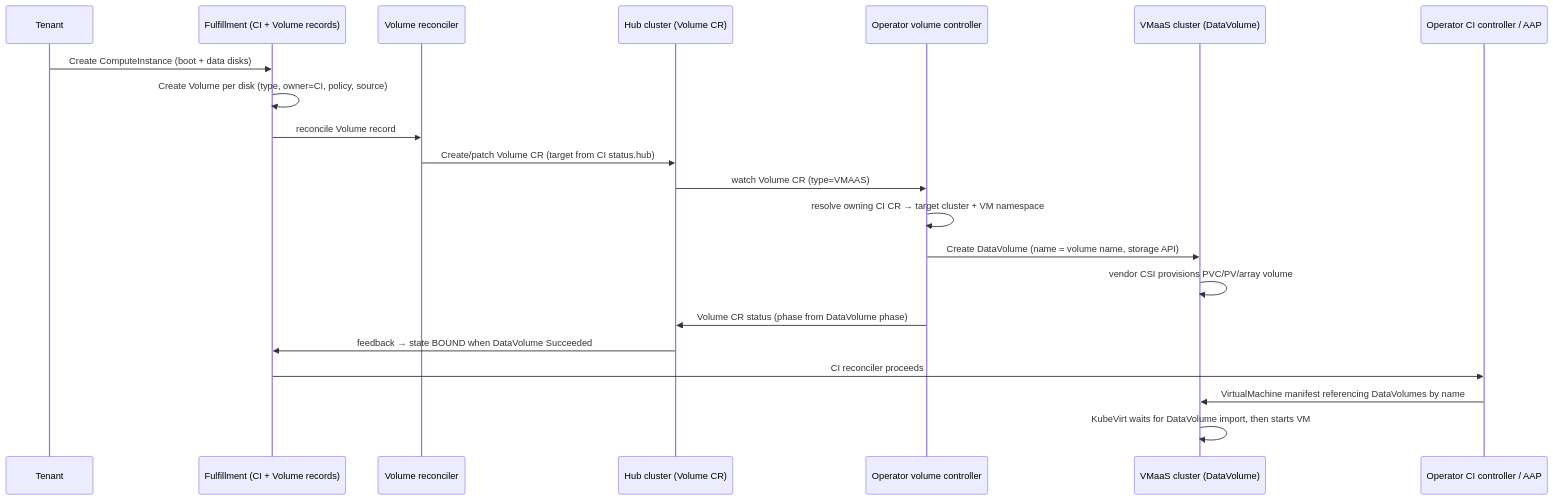
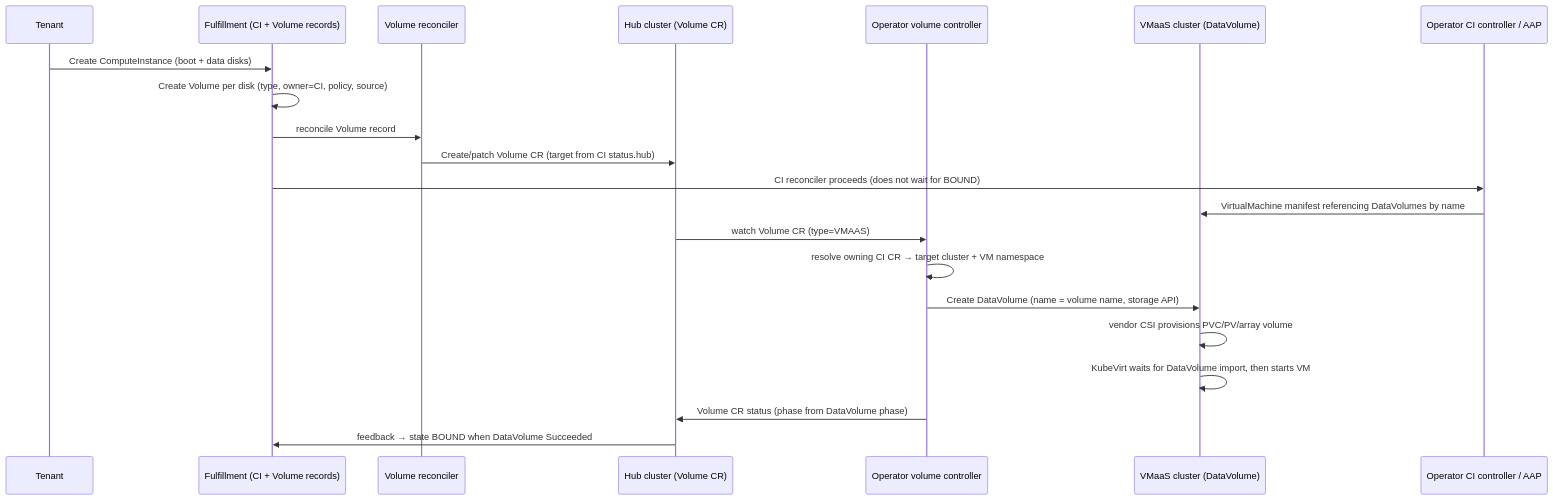
One commit to osac-project/enhancement-proposals changed the first of 3 diagrams in enhancements/OSAC-7318-volume-ownership-disk-lifecycle/design.md. Above: the diagram before and after it, drawn with Mermaid. The commit also changed other lines of this file and 1 other file, not shown here.

````diff
--- a/enhancements/OSAC-7318-volume-ownership-disk-lifecycle/design.md
+++ b/enhancements/OSAC-7318-volume-ownership-disk-lifecycle/design.md
@@ -112,24 +112,24 @@
 ```mermaid
 sequenceDiagram
     participant Tenant
     participant Fulfillment as Fulfillment (CI + Volume records)
     participant VolRecon as Volume reconciler
     participant Hub as Hub cluster (Volume CR)
     participant VolCtrl as Operator volume controller
     participant Target as VMaaS cluster (DataVolume)
     participant CICtrl as Operator CI controller / AAP
 
     Tenant->>Fulfillment: Create ComputeInstance (boot + data disks)
     Fulfillment->>Fulfillment: Create Volume per disk (type, owner=CI, policy, source)
     Fulfillment->>VolRecon: reconcile Volume record
     VolRecon->>Hub: Create/patch Volume CR (target from CI status.hub)
+    Fulfillment->>CICtrl: CI reconciler proceeds (does not wait for BOUND)
+    CICtrl->>Target: VirtualMachine manifest referencing DataVolumes by name
     Hub->>VolCtrl: watch Volume CR (type=VMAAS)
     VolCtrl->>VolCtrl: resolve owning CI CR → target cluster + VM namespace
     VolCtrl->>Target: Create DataVolume (name = volume name, storage API)
     Target->>Target: vendor CSI provisions PVC/PV/array volume
+    Target->>Target: KubeVirt waits for DataVolume import, then starts VM
     VolCtrl->>Hub: Volume CR status (phase from DataVolume phase)
     Hub->>Fulfillment: feedback → state BOUND when DataVolume Succeeded
-    Fulfillment->>CICtrl: CI reconciler proceeds
-    CICtrl->>Target: VirtualMachine manifest referencing DataVolumes by name
-    Target->>Target: KubeVirt waits for DataVolume import, then starts VM
 ```
````
